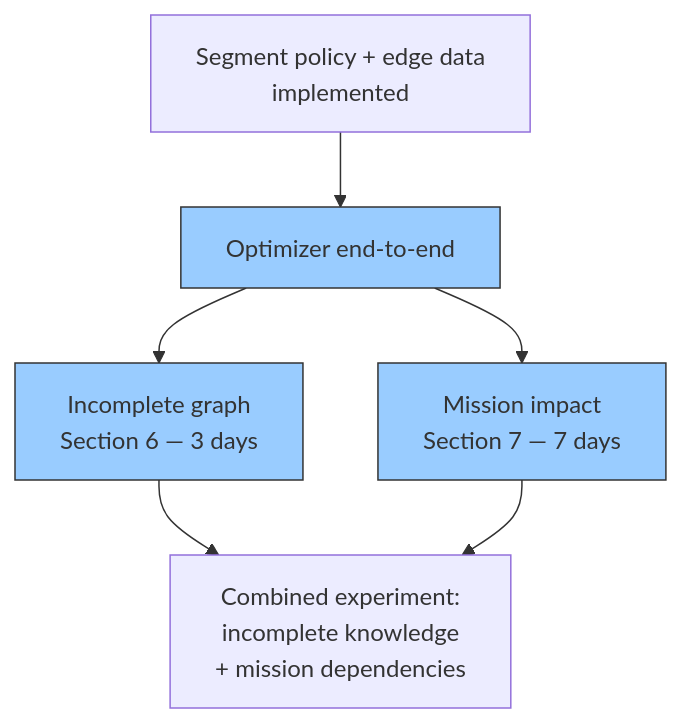
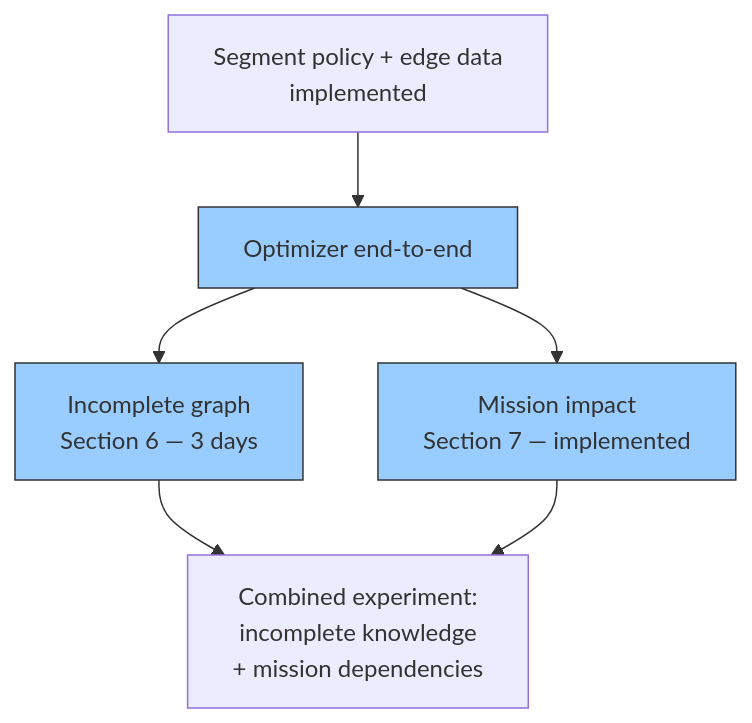
Before and after one commit to michalo1334/master_thesis: the third of 3 diagrams in docs/concepts/graph-model-evaluation.md, drawn with Mermaid. The commit also changed other lines of this file and 75 other files, not shown here.

Commit message:
feat: add mission impact optimization

````diff
--- a/docs/concepts/graph-model-evaluation.md
+++ b/docs/concepts/graph-model-evaluation.md
@@ -418,12 +278,12 @@
 ```mermaid
 flowchart TD
     A[Segment policy + edge data<br/>implemented] --> C[Optimizer end-to-end]
     C --> D[Incomplete graph<br/>Section 6 — 3 days]
-    C --> E[Mission impact<br/>Section 7 — 7 days]
+    C --> E[Mission impact<br/>Section 7 — implemented]
     D --> F[Combined experiment:<br/>incomplete knowledge<br/>+ mission dependencies]
     E --> F
 
     style C fill:#99ccff,stroke:#333
     style D fill:#99ccff,stroke:#333
     style E fill:#99ccff,stroke:#333
 ```
````
